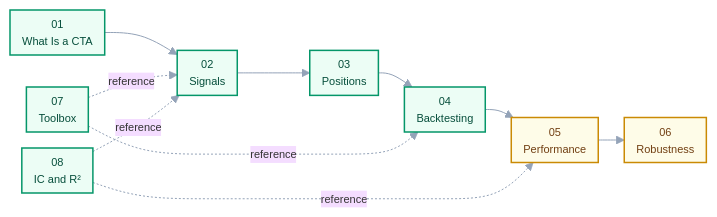
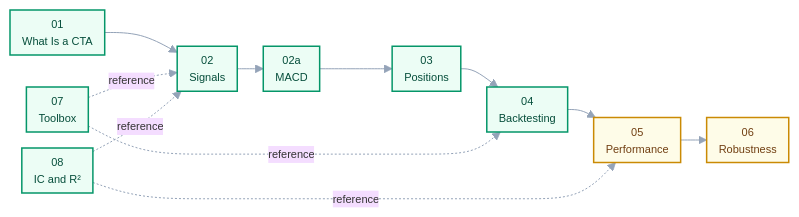
The diagram in docs/00-index.md (Harrybido2711/CTA_Strategy), drawn with Mermaid before and after one commit. The commit also changed other lines of this file and 8 other files, not shown here.

````diff
--- a/docs/00-index.md
+++ b/docs/00-index.md
@@ -9,23 +9,24 @@
 ```mermaid
 %%{init: {'theme':'base','themeVariables':{'fontSize':'11px','lineColor':'#94a3b8'},'flowchart':{'nodeSpacing':16,'rankSpacing':26,'padding':6}}}%%
 flowchart LR
     C01["01<br/>What Is a CTA"]
     C02["02<br/>Signals"]
+    C02A["02a<br/>MACD"]
     C03["03<br/>Positions"]
     C04["04<br/>Backtesting"]
     C05["05<br/>Performance"]
     C06["06<br/>Robustness"]
     C07["07<br/>Toolbox"]
     C08["08<br/>IC and R²"]
 
-    C01 --> C02 --> C03 --> C04 --> C05 --> C06
+    C01 --> C02 --> C02A --> C03 --> C04 --> C05 --> C06
     C07 -. reference .-> C02
     C07 -. reference .-> C04
     C08 -. reference .-> C02
     C08 -. reference .-> C05
 
     classDef done fill:#ecfdf5,stroke:#059669,color:#064e3b,stroke-width:1.5px;
     classDef part fill:#fefce8,stroke:#ca8a04,color:#713f12,stroke-width:1.5px;
-    class C01,C02,C03,C04,C07,C08 done;
+    class C01,C02,C02A,C03,C04,C07,C08 done;
     class C05,C06 part;
 ```
````
